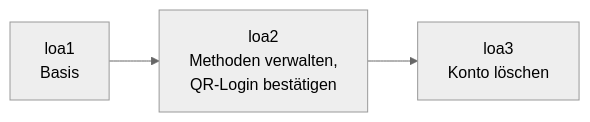
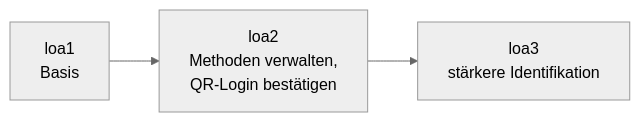
One commit to rpreissel/DPoP-demo changed the third of 3 diagrams in docs/pitches/fachexperten-konzepte.md. Above: the diagram before and after it, drawn with Mermaid (neutral theme). The commit also changed other lines of this file and 11 other files, not shown here.

````diff
--- a/docs/pitches/fachexperten-konzepte.md
+++ b/docs/pitches/fachexperten-konzepte.md
@@ -111,5 +111,5 @@
 ```mermaid
 flowchart LR
   L1["loa1<br/>Basis"] --> L2["loa2<br/>Methoden verwalten,<br/>QR-Login bestätigen"]
-  L2 --> L3["loa3<br/>Konto löschen"]
+  L2 --> L3["loa3<br/>stärkere Identifikation"]
 ```
````
